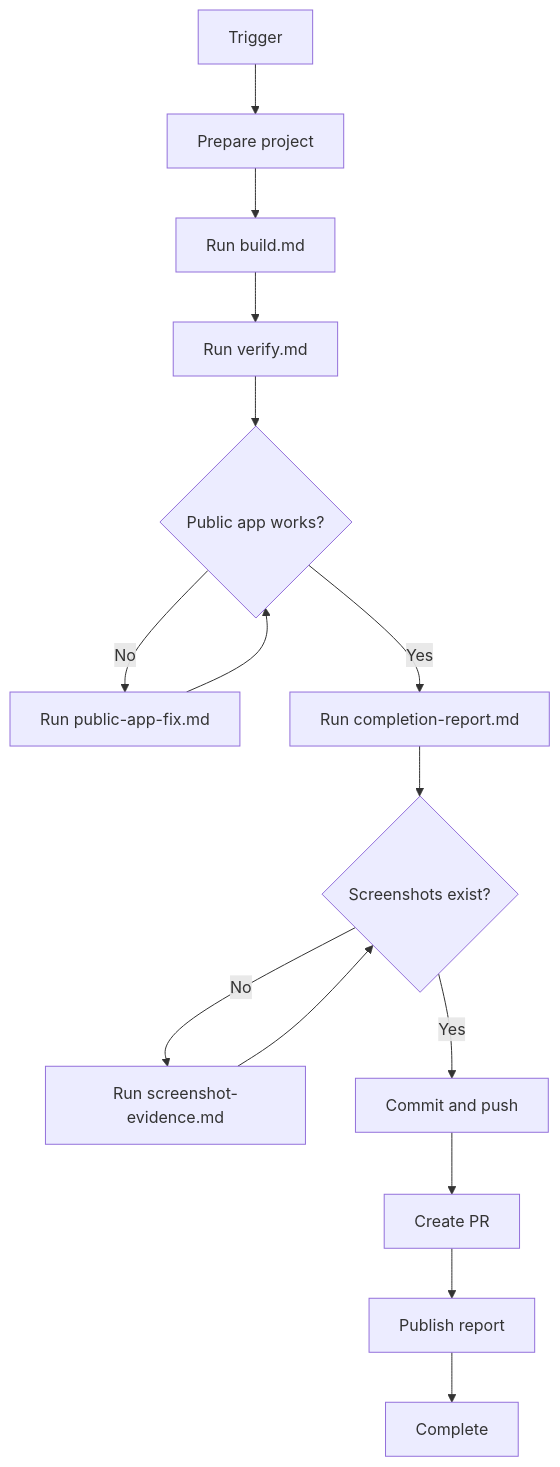
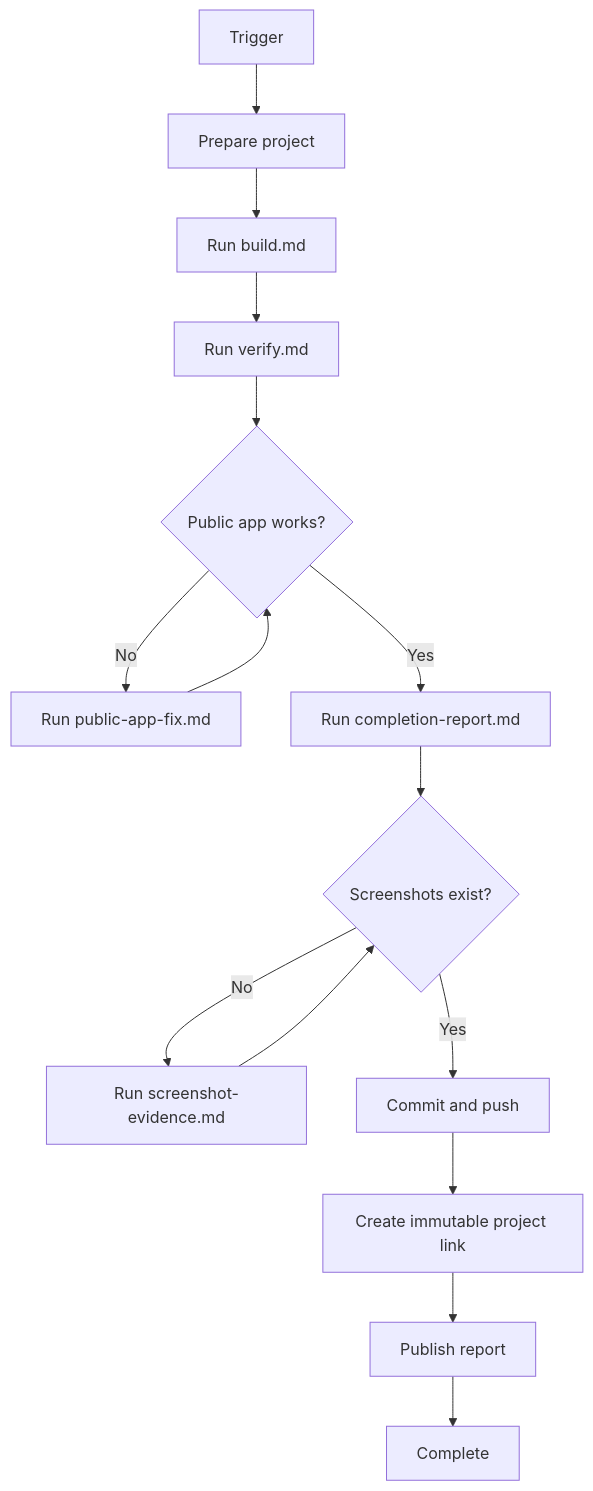
Before and after one commit to AgentsLoop/OhMyGithub: the diagram in README.md, drawn with Mermaid. The commit also changed other lines of this file and 21 other files, not shown here.

````diff
--- a/README.md
+++ b/README.md
@@ -126,21 +127,21 @@
 ```mermaid
 flowchart TD
     A[Trigger] --> B[Prepare project]
     B --> C[Run build.md]
     C --> D[Run verify.md]
     D --> E{Public app works?}
 
     E -- No --> F[Run public-app-fix.md]
     F --> E
 
     E -- Yes --> G[Run completion-report.md]
     G --> H{Screenshots exist?}
 
     H -- No --> I[Run screenshot-evidence.md]
     I --> H
 
     H -- Yes --> J[Commit and push]
-    J --> K[Create PR]
+    J --> K[Create immutable project link]
     K --> L[Publish report]
     L --> M[Complete]
 ```
````
